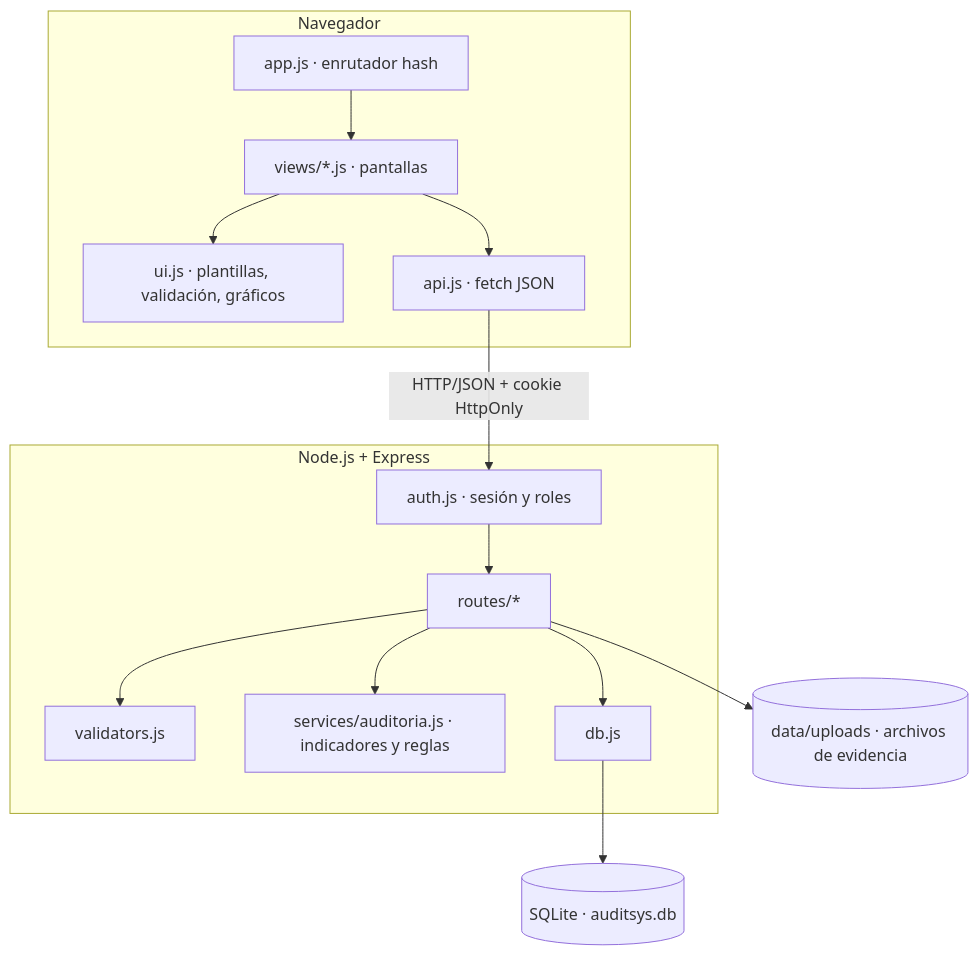
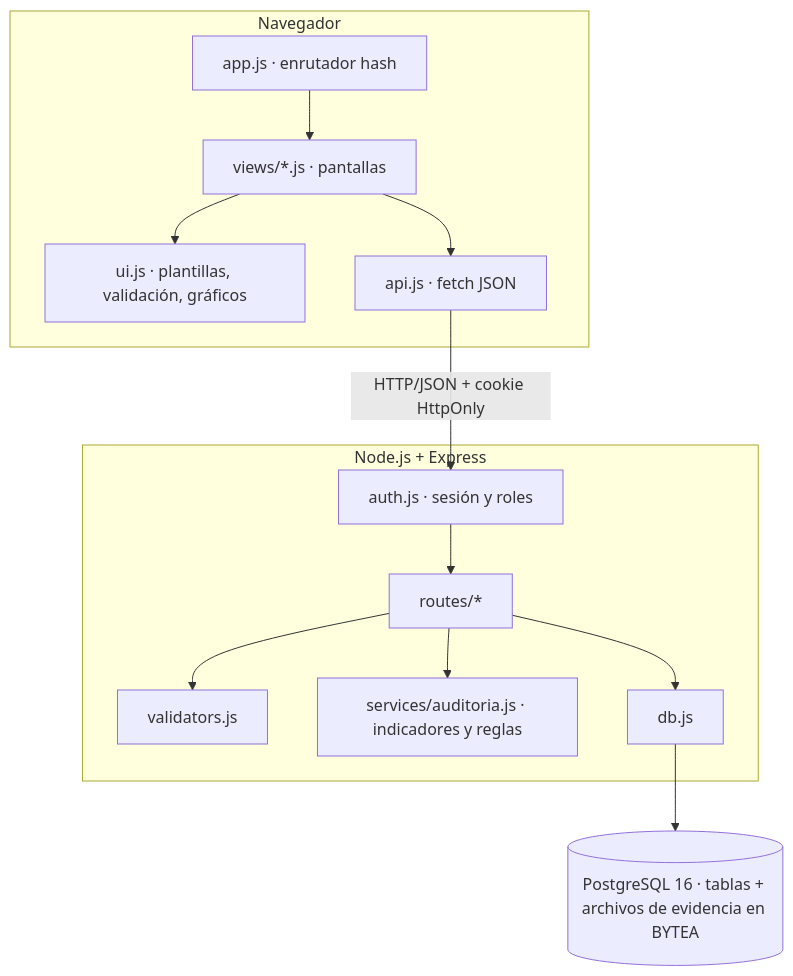
Before and after one commit to JulianArcilaDev/AuditSysMini: the third of 4 diagrams in docs/modelo-datos.md, drawn with Mermaid. The commit also changed other lines of this file and 27 other files, not shown here.

First line of the commit message:
feat: migra a PostgreSQL y agrega Docker para despliegue en Render

````diff
--- a/docs/modelo-datos.md
+++ b/docs/modelo-datos.md
@@ -122,17 +122,16 @@
 ```mermaid
 flowchart TB
   subgraph Cliente [Navegador]
     R[app.js · enrutador hash] --> V[views/*.js · pantallas]
     V --> U[ui.js · plantillas, validación, gráficos]
     V --> API[api.js · fetch JSON]
   end
   subgraph Servidor [Node.js + Express]
     MW[auth.js · sesión y roles] --> RT[routes/*]
     RT --> VAL[validators.js]
     RT --> SV[services/auditoria.js · indicadores y reglas]
     RT --> DB[db.js]
   end
   API -- HTTP/JSON + cookie HttpOnly --> MW
-  DB --> SQL[(SQLite · auditsys.db)]
-  RT --> FS[(data/uploads · archivos de evidencia)]
+  DB --> SQL[(PostgreSQL 16 · tablas + archivos de evidencia en BYTEA)]
 ```
````
